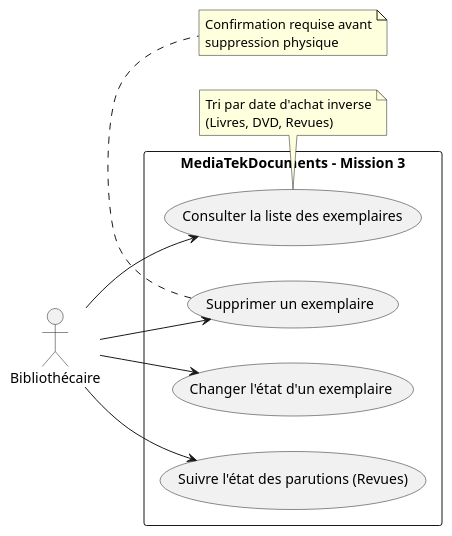
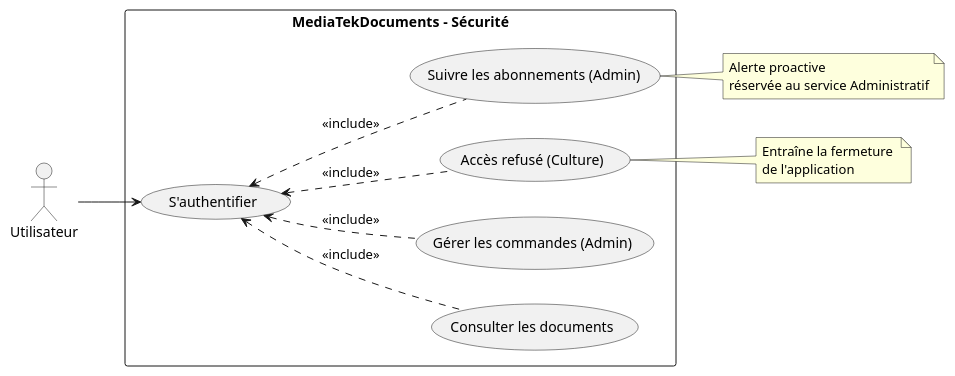
The diagram in Mission2_Tache2.puml (Pukaicus/mediatekdocuments-api), drawn with PlantUML before and after one commit. The commit also changed 4 other files, not shown here.

```diff
--- a/Mission2_Tache2.puml
+++ b/Mission2_Tache2.puml
@@ -1,28 +1,30 @@
 @startuml
 left to right direction
 skinparam packageStyle rectangle
 
-actor "Bibliothécaire" as biblio
+actor "Utilisateur" as user
 
-rectangle "MediaTekDocuments - Mission 3" {
-  usecase "Consulter la liste des exemplaires" as UC1
-  usecase "Changer l'état d'un exemplaire" as UC2
-  usecase "Supprimer un exemplaire" as UC3
-  usecase "Suivre l'état des parutions (Revues)" as UC4
+rectangle "MediaTekDocuments - Sécurité" {
+  usecase "S'authentifier" as UC_Auth
+  usecase "Consulter les documents" as UC_Consul
+  usecase "Gérer les commandes (Admin)" as UC_Admin
+  usecase "Suivre les abonnements (Admin)" as UC_Alerte
+  usecase "Accès refusé (Culture)" as UC_Refus
 }
 
-biblio --> UC1
-biblio --> UC2
-biblio --> UC3
-biblio --> UC4
+user --> UC_Auth
+UC_Auth <.. UC_Consul : <<include>>
+UC_Auth <.. UC_Admin : <<include>>
+UC_Auth <.. UC_Alerte : <<include>>
+UC_Auth <.. UC_Refus : <<include>>
 
-note bottom of UC1
-  Tri par date d'achat inverse
-  (Livres, DVD, Revues)
+note right of UC_Refus
+  Entraîne la fermeture 
+  de l'application
 end note
 
-note bottom of UC3
-  Confirmation requise avant
-  suppression physique
+note right of UC_Alerte
+  Alerte proactive 
+  réservée au service Administratif
 end note
 @enduml
```
